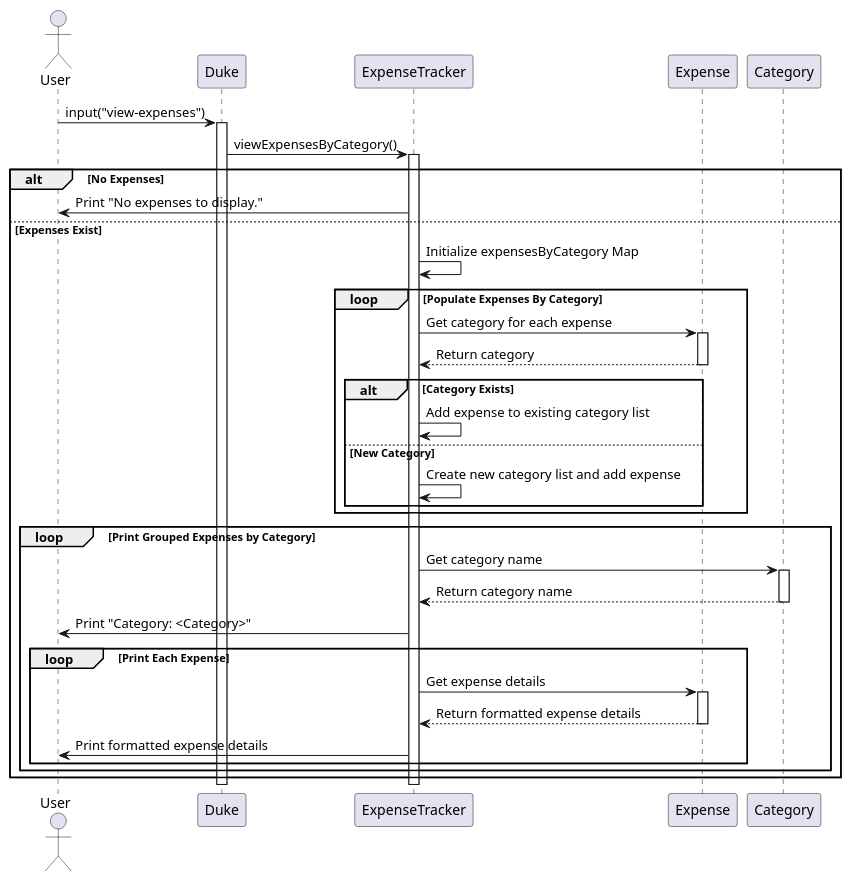
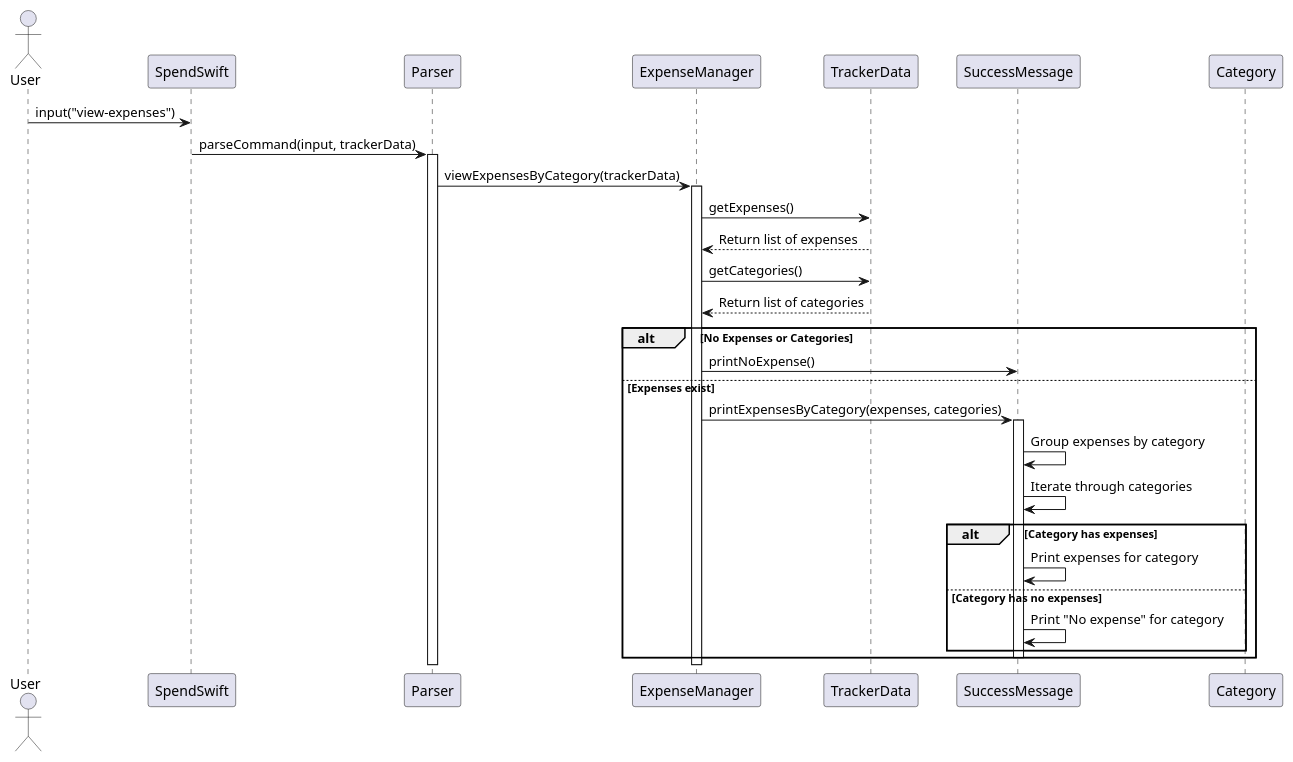
The diagram in docs/diagrams/ViewExpenses.puml (nus-cs2113-AY2425S1/tp), drawn with PlantUML before and after one commit. The commit also changed 5 other files, not shown here.

Commit message:
Updated Sequence Diagram of ViewExpense, TagExpense and DeleteExpense

```diff
--- a/docs/diagrams/ViewExpenses.puml
+++ b/docs/diagrams/ViewExpenses.puml
@@ -1,54 +1,41 @@
 @startuml
-
 actor User
-participant Duke
-participant ExpenseTracker
-participant Expense
+participant SpendSwift
+participant Parser
+participant ExpenseManager
+participant TrackerData
+participant SuccessMessage
 participant Category
 
-User -> Duke : input("view-expenses")
-activate Duke
+User -> SpendSwift : input("view-expenses")
+SpendSwift -> Parser : parseCommand(input, trackerData)
 
-Duke -> ExpenseTracker : viewExpensesByCategory()
-activate ExpenseTracker
+activate Parser
+Parser -> ExpenseManager : viewExpensesByCategory(trackerData)
 
-alt No Expenses
-    ExpenseTracker -> User : Print "No expenses to display."
-else Expenses Exist
-    ExpenseTracker -> ExpenseTracker : Initialize expensesByCategory Map
+activate ExpenseManager
+ExpenseManager -> TrackerData : getExpenses()
+TrackerData --> ExpenseManager : Return list of expenses
 
-    loop Populate Expenses By Category
-        ExpenseTracker -> Expense : Get category for each expense
-        activate Expense
-        Expense --> ExpenseTracker : Return category
-        deactivate Expense
+ExpenseManager -> TrackerData : getCategories()
+TrackerData --> ExpenseManager : Return list of categories
 
-        alt Category Exists
-            ExpenseTracker -> ExpenseTracker : Add expense to existing category list
-        else New Category
-            ExpenseTracker -> ExpenseTracker : Create new category list and add expense
-        end
+alt No Expenses or Categories
+    ExpenseManager -> SuccessMessage : printNoExpense()
+else Expenses exist
+    ExpenseManager -> SuccessMessage : printExpensesByCategory(expenses, categories)
+
+    activate SuccessMessage
+    SuccessMessage -> SuccessMessage : Group expenses by category
+    SuccessMessage -> SuccessMessage : Iterate through categories
+    alt Category has expenses
+        SuccessMessage -> SuccessMessage : Print expenses for category
+    else Category has no expenses
+        SuccessMessage -> SuccessMessage : Print "No expense" for category
     end
-
-    loop Print Grouped Expenses by Category
-        ExpenseTracker -> Category : Get category name
-        activate Category
-        Category --> ExpenseTracker : Return category name
-        deactivate Category
-
-        ExpenseTracker -> User : Print "Category: <Category>"
-
-        loop Print Each Expense
-            ExpenseTracker -> Expense : Get expense details
-            activate Expense
-            Expense --> ExpenseTracker : Return formatted expense details
-            deactivate Expense
-
-            ExpenseTracker -> User : Print formatted expense details
-        end
-    end
+    deactivate SuccessMessage
 end
-deactivate ExpenseTracker
-deactivate Duke
+deactivate ExpenseManager
+deactivate Parser
 
 @enduml
```
